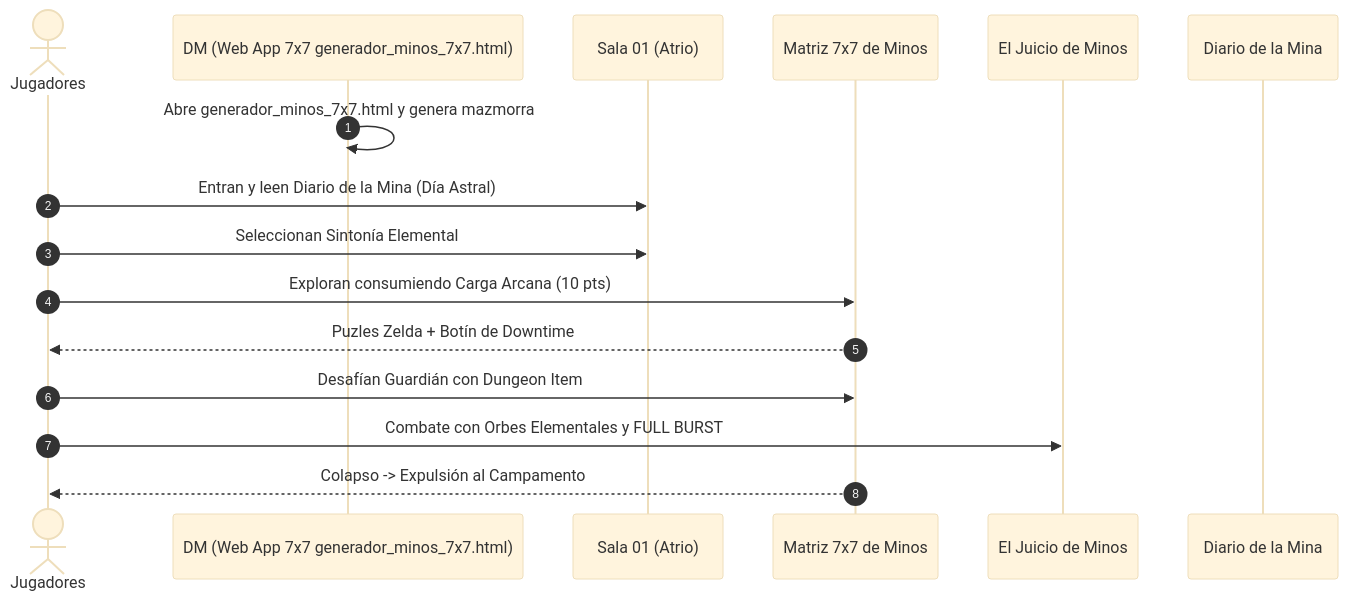
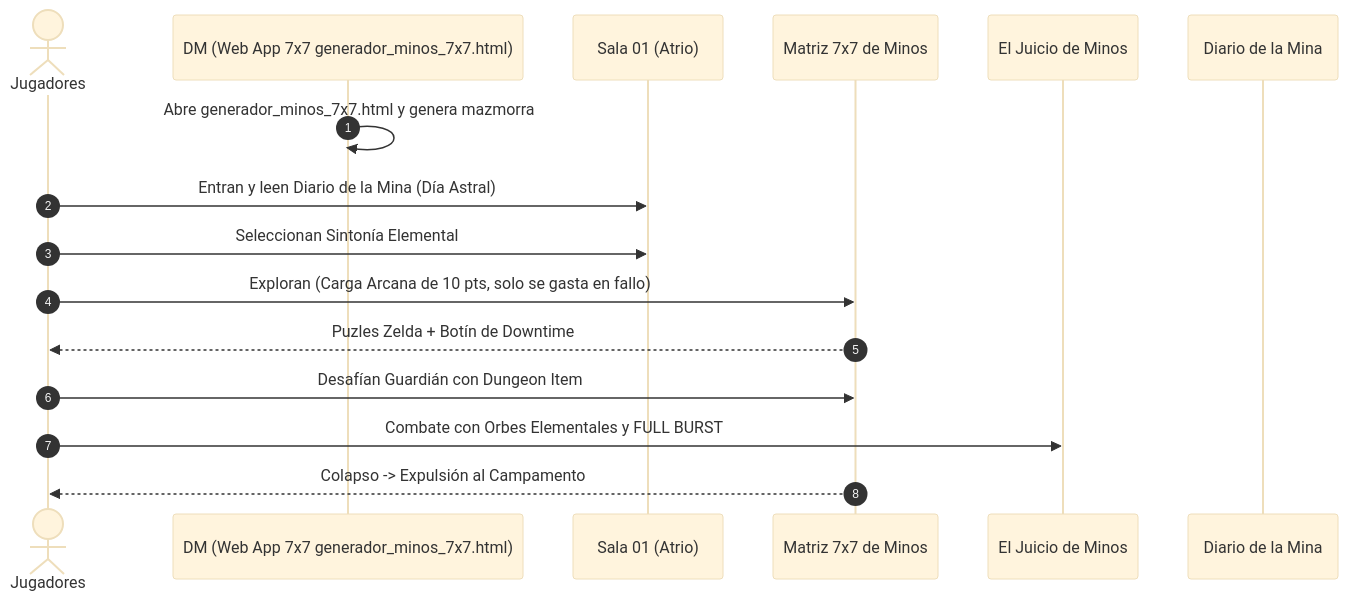
Before and after one commit to linkmati/ShivathLyss: the diagram in 7 - DM/OneShots/ARepeat/El Laberinto de Minos.md, drawn with Mermaid (base theme). The commit also changed 3 other files, not shown here.

Commit message:
Actualizar regla: Cargas Arcanas solo se gastan en fallo

````diff
--- a/7 - DM/OneShots/ARepeat/El Laberinto de Minos.md
+++ b/7 - DM/OneShots/ARepeat/El Laberinto de Minos.md
@@ -41,19 +41,19 @@
 ```mermaid
 sequenceDiagram
     autonumber
     actor Jugadores
     participant DM as DM (Web App 7x7 generador_minos_7x7.html)
     participant Atrio as Sala 01 (Atrio)
     participant Laberinto as Matriz 7x7 de Minos
     participant Boss as El Juicio de Minos
     participant Base as Diario de la Mina
 
     DM->>DM: Abre generador_minos_7x7.html y genera mazmorra
     Jugadores->>Atrio: Entran y leen Diario de la Mina (Día Astral)
     Jugadores->>Atrio: Seleccionan Sintonía Elemental
-    Jugadores->>Laberinto: Exploran consumiendo Carga Arcana (10 pts)
+    Jugadores->>Laberinto: Exploran (Carga Arcana de 10 pts, solo se gasta en fallo)
     Laberinto-->>Jugadores: Puzles Zelda + Botín de Downtime
     Jugadores->>Laberinto: Desafían Guardián con Dungeon Item
     Jugadores->>Boss: Combate con Orbes Elementales y FULL BURST
     Laberinto-->>Jugadores: Colapso -> Expulsión al Campamento
 ```
````
